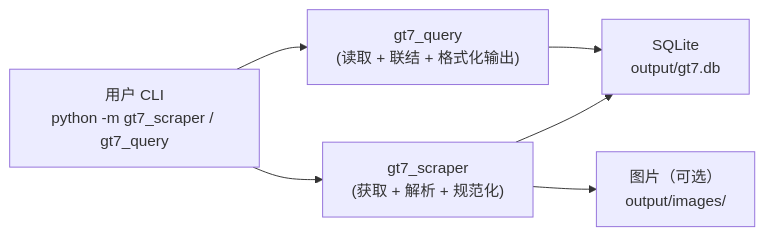
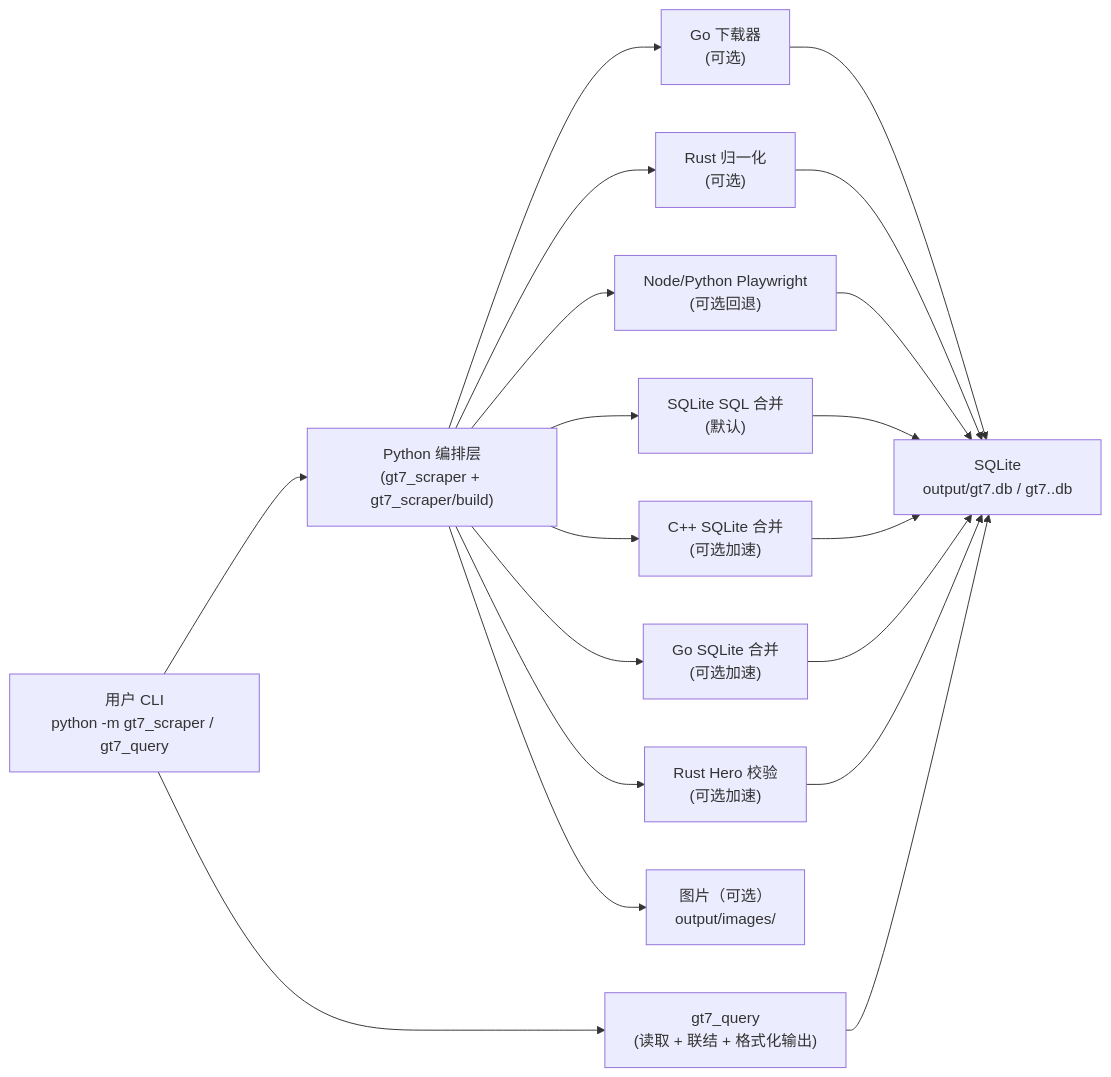
One commit to Nishikori-Yui/gt7-dataset-scraper changed the first of 3 diagrams in docs/ARCHITECTURE.zh-CN.md. Above: the diagram before and after it, drawn with Mermaid. The commit also changed other lines of this file and 11 other files, not shown here.

````diff
--- a/docs/ARCHITECTURE.zh-CN.md
+++ b/docs/ARCHITECTURE.zh-CN.md
@@ -23,8 +39,21 @@
 ```mermaid
 flowchart LR
-  U["用户 CLI\npython -m gt7_scraper / gt7_query"] --> S["gt7_scraper\n(获取 + 解析 + 规范化)"]
-  S --> DB["SQLite\noutput/gt7.db"]
+  U["用户 CLI\npython -m gt7_scraper / gt7_query"] --> S["Python 编排层\n(gt7_scraper + gt7_scraper/build)"]
+  S --> GO["Go 下载器\n(可选)"]
+  S --> RS["Rust 归一化\n(可选)"]
+  S --> PW["Node/Python Playwright\n(可选回退)"]
+  S --> SQL["SQLite SQL 合并\n(默认)"]
+  S --> CPP["C++ SQLite 合并\n(可选加速)"]
+  S --> MG["Go SQLite 合并\n(可选加速)"]
+  S --> RH["Rust Hero 校验\n(可选加速)"]
+  GO --> DB["SQLite\noutput/gt7.db / gt7.<locale>.db"]
+  RS --> DB
+  PW --> DB
+  SQL --> DB
+  CPP --> DB
+  MG --> DB
+  RH --> DB
   S --> IMG["图片（可选）\noutput/images/"]
   Q["gt7_query\n(读取 + 联结 + 格式化输出)"] --> DB
   U --> Q
 ```
````
